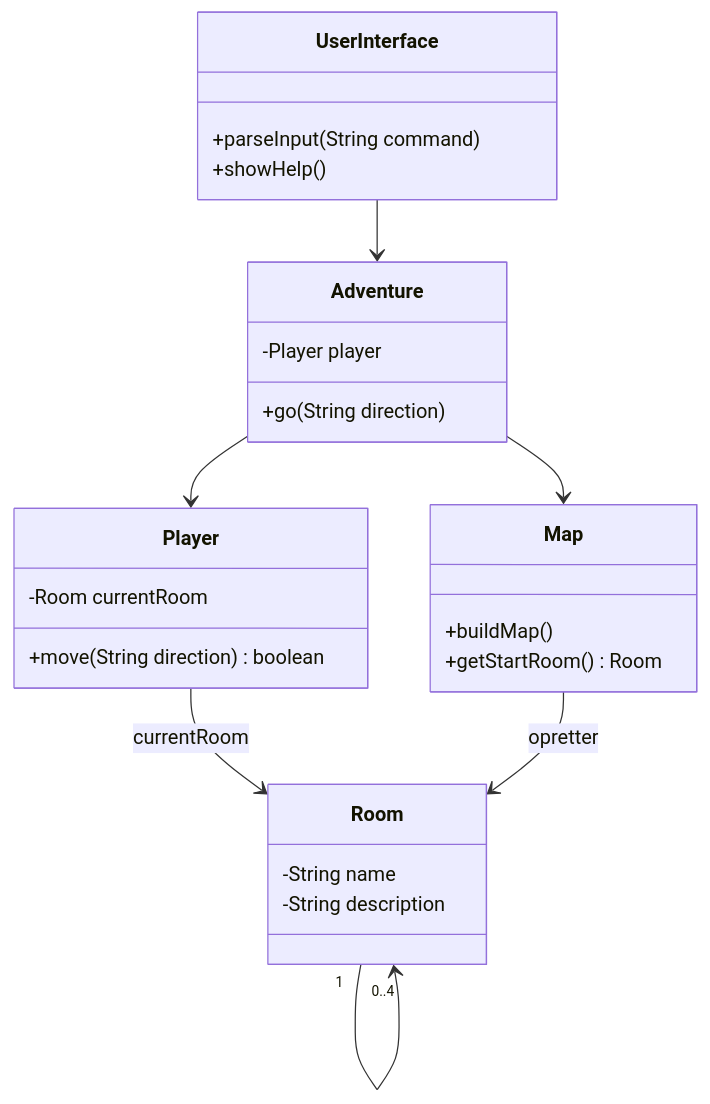
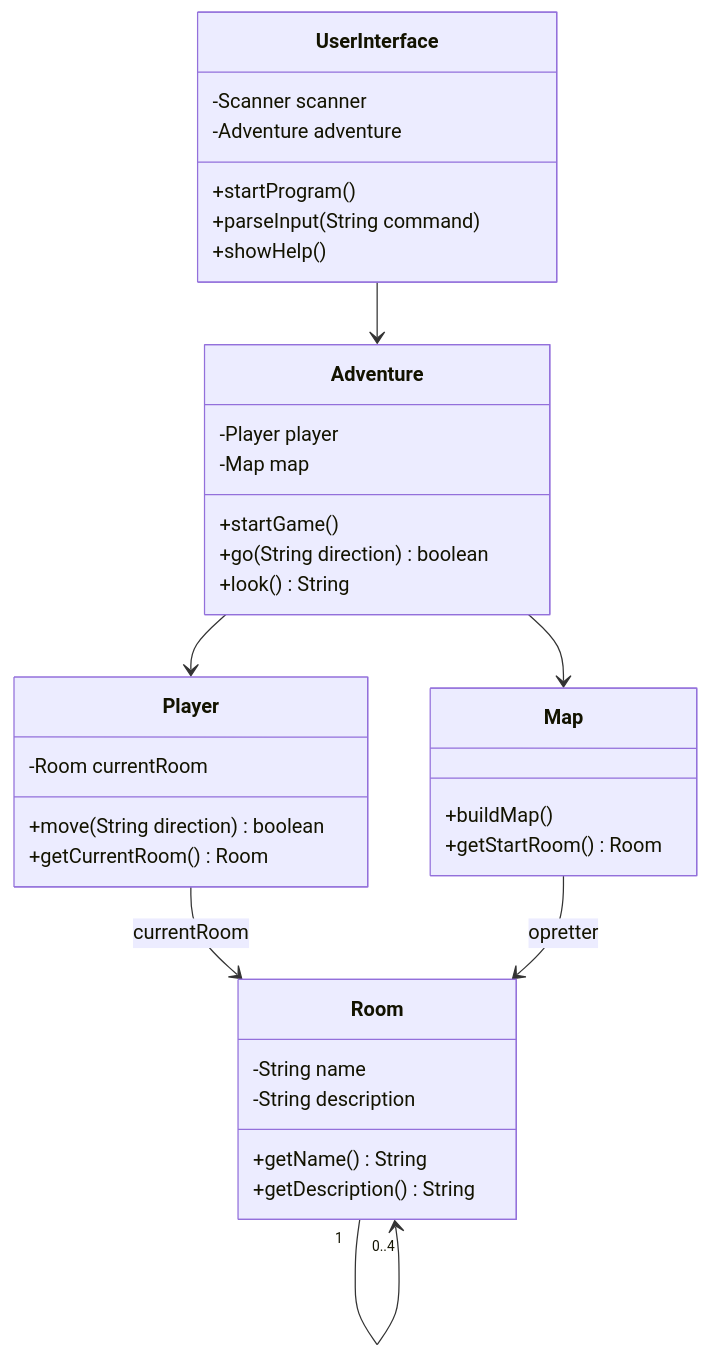
The diagram in projekter/adventure/del-1-refactor.md (CheMical/DAT-GBG-DA-E26AB), drawn with Mermaid before and after one commit. The commit also changed other lines of this file and 20 other files, not shown here.

````diff
--- a/projekter/adventure/del-1-refactor.md
+++ b/projekter/adventure/del-1-refactor.md
@@ -123,30 +134,39 @@
 ```mermaid
 classDiagram
     class UserInterface {
+        -Scanner scanner
+        -Adventure adventure
+        +startProgram()
         +parseInput(String command)
         +showHelp()
     }
     class Adventure {
         -Player player
-        +go(String direction)
+        -Map map
+        +startGame()
+        +go(String direction) boolean
+        +look() String
     }
     class Map {
         +buildMap()
         +getStartRoom() Room
     }
     class Player {
         -Room currentRoom
         +move(String direction) boolean
+        +getCurrentRoom() Room
     }
     class Room {
         -String name
         -String description
+        +getName() String
+        +getDescription() String
     }
 
     UserInterface --> Adventure
     Adventure --> Map
     Adventure --> Player
     Player --> Room : currentRoom
     Map --> Room : opretter
     Room "1" --> "0..4" Room
 ```
````
